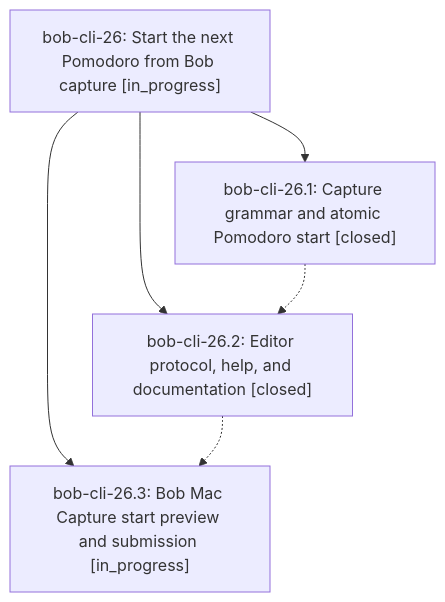
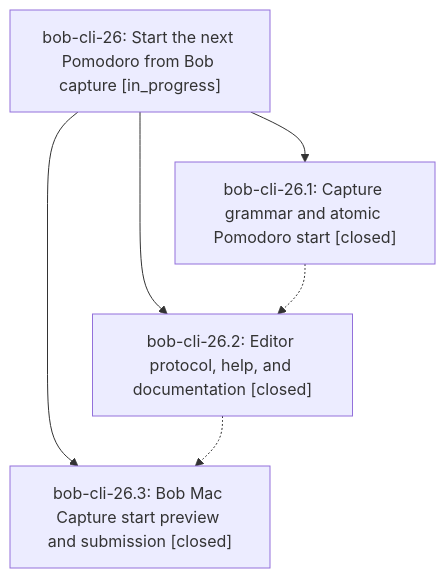
The diagram in pages/bob-cli-26/README.md (bobs-org/bob-cli--beads), drawn with Mermaid before and after one commit. The commit also changed other lines of this file and 2 other files, not shown here.

Commit message:
chore(beads): sync bead state and pages for bob-cli-26
SASE_TYPE=beads
SASE_AGENT=[bbugyi200.apollo.bob-cli-26.3][1]

[1]: https://github.com/bobs-org/bob-cli--agents/blob/main/agents/bbugyi200.apollo.bob-cli-26.3/README.md

````diff
--- a/pages/bob-cli-26/README.md
+++ b/pages/bob-cli-26/README.md
@@ -24,12 +24,12 @@
 ```mermaid
 flowchart TD
     n0["bob-cli-26: Start the next Pomodoro from Bob capture [in_progress]"]
     n1["bob-cli-26.1: Capture grammar and atomic Pomodoro start [closed]"]
     n2["bob-cli-26.2: Editor protocol, help, and documentation [closed]"]
-    n3["bob-cli-26.3: Bob Mac Capture start preview and submission [in_progress]"]
+    n3["bob-cli-26.3: Bob Mac Capture start preview and submission [closed]"]
     n0 --> n1
     n0 --> n2
     n0 --> n3
     n1 -.-> n2
     n2 -.-> n3
 ```
````
